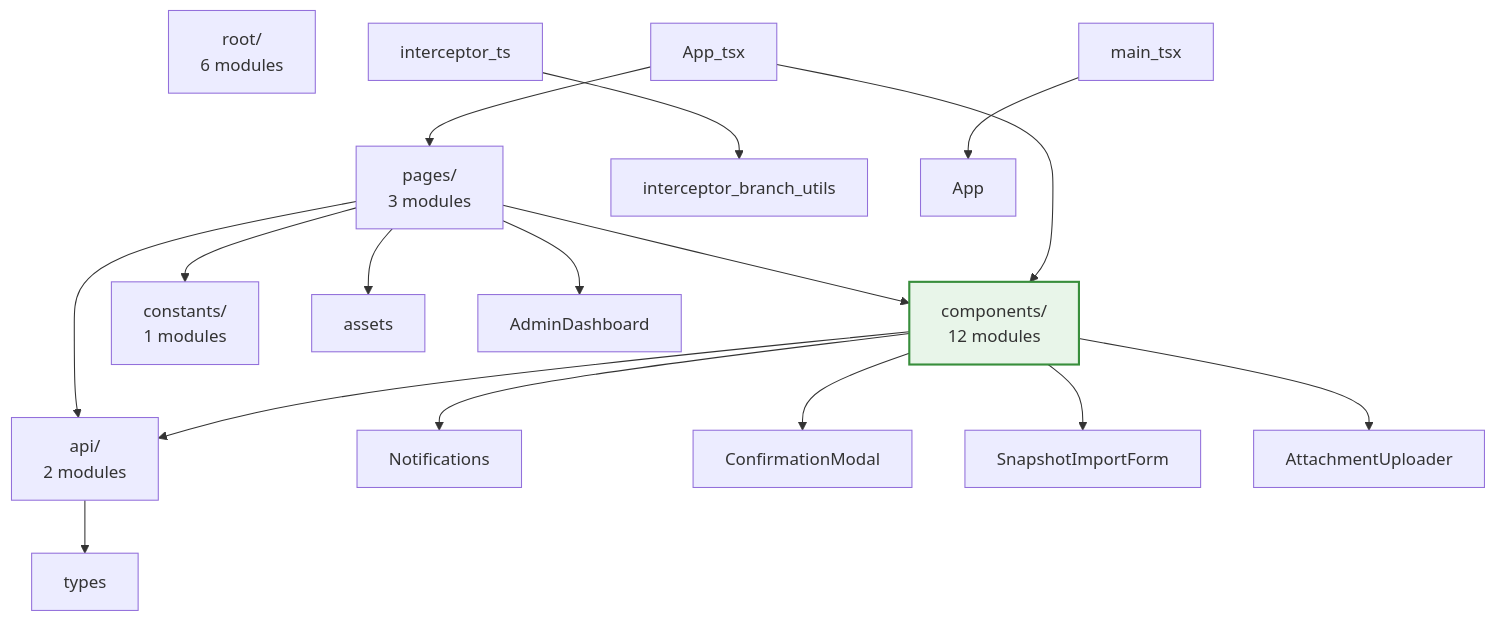
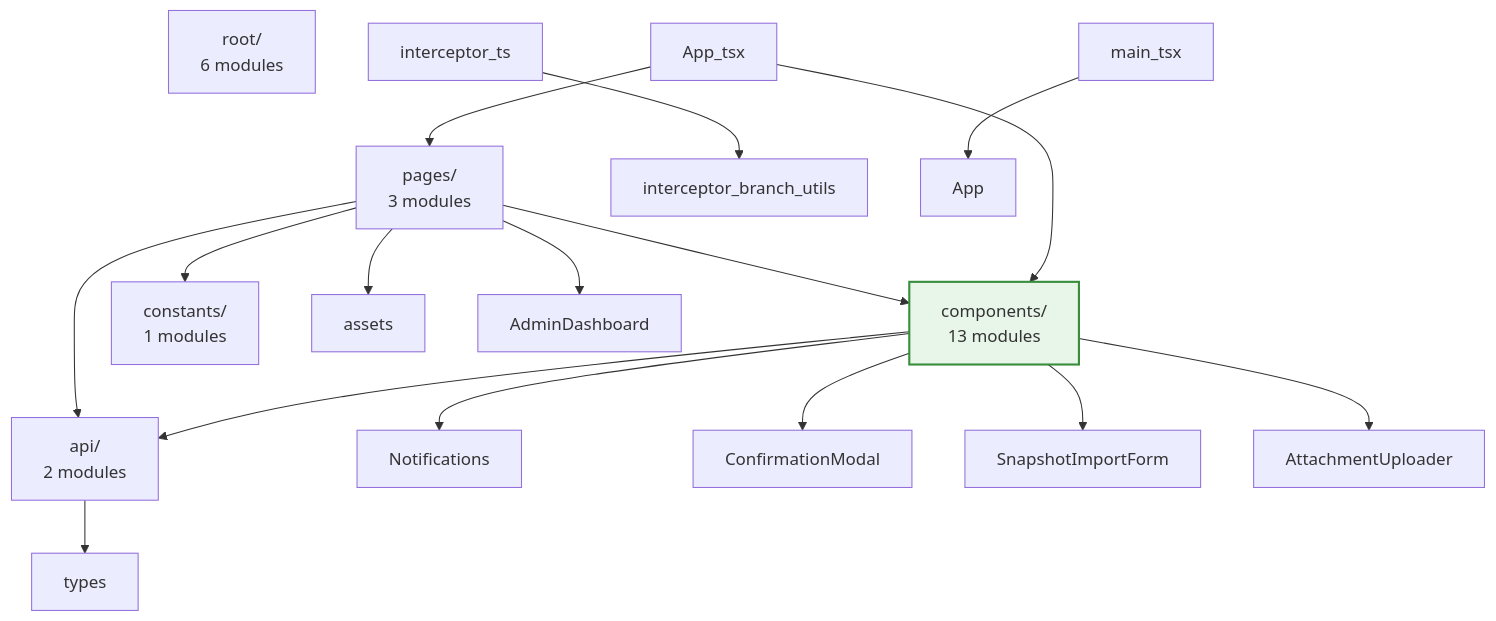
One commit to gerkensm/vaporvibe changed the diagram in .agent/rules/CODEBASE_MAP-part2.md. Above: the diagram before and after it, drawn with Mermaid. The commit also changed other lines of this file and 7 other files, not shown here.

````diff
--- a/.agent/rules/CODEBASE_MAP-part2.md
+++ b/.agent/rules/CODEBASE_MAP-part2.md
@@ -324,28 +324,28 @@
 ```mermaid
 graph TD
   root["root/<br/>6 modules"]
   api["api/<br/>2 modules"]
-  components["components/<br/>12 modules"]:::viewNode
+  components["components/<br/>13 modules"]:::viewNode
   constants["constants/<br/>1 modules"]
   pages["pages/<br/>3 modules"]
   App_tsx --> components
   App_tsx --> pages
   api --> types
   components --> api
   components --> Notifications
   components --> ConfirmationModal
   components --> SnapshotImportForm
   components --> AttachmentUploader
   interceptor_ts --> interceptor_branch_utils
   main_tsx --> App
   pages --> components
   pages --> api
   pages --> constants
   pages --> assets
   pages --> AdminDashboard
 
   classDef serverNode fill:#e3f2fd,stroke:#1976d2,stroke-width:2px
   classDef llmNode fill:#f3e5f5,stroke:#7b1fa2,stroke-width:2px
   classDef viewNode fill:#e8f5e9,stroke:#388e3c,stroke-width:2px
   classDef utilNode fill:#fff3e0,stroke:#f57c00,stroke-width:2px
 ```
````
